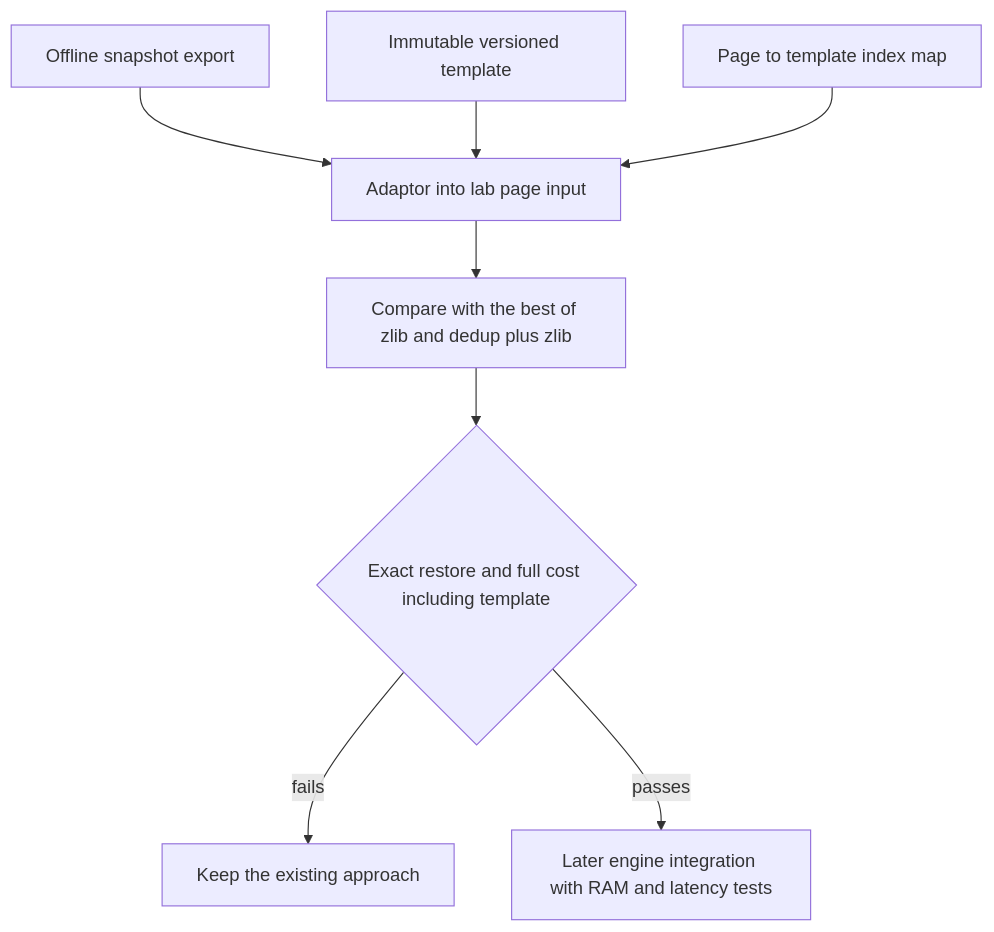
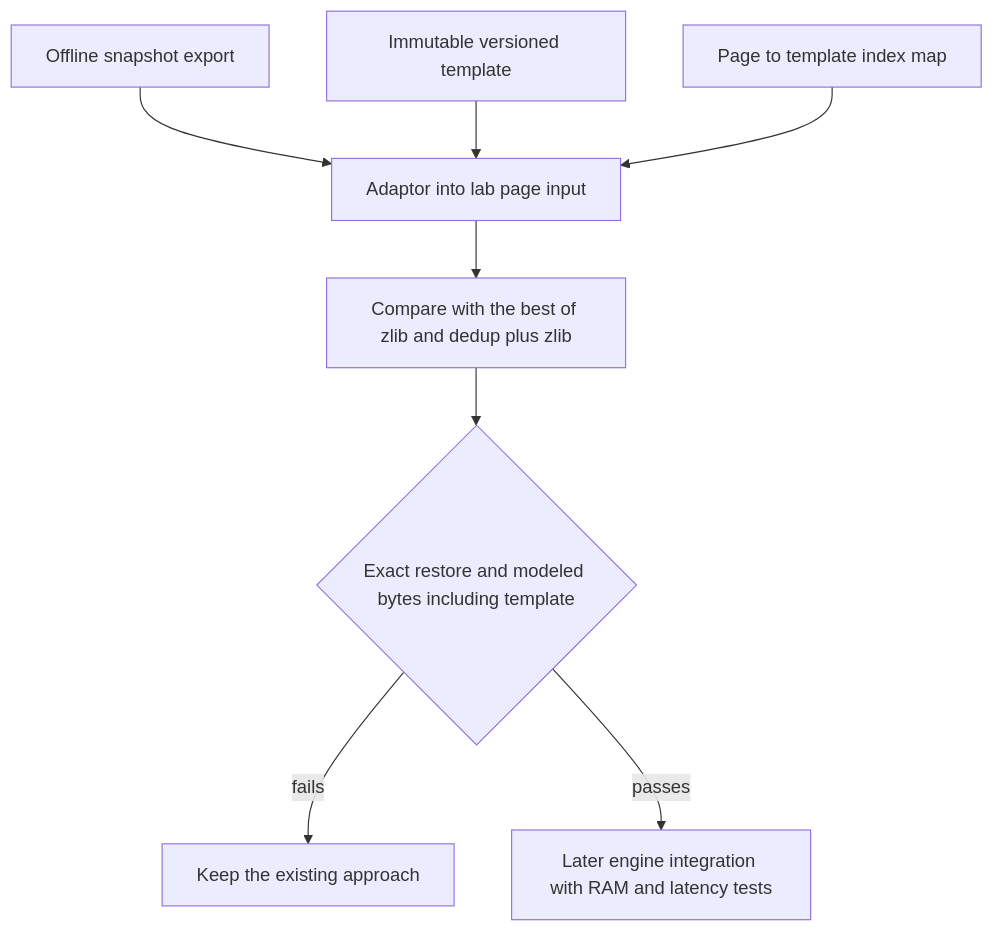
One commit to gael55x/template-delta-lab changed the second of 2 diagrams in docs/WALKTHROUGH.md. Above: the diagram before and after it, drawn with Mermaid. The commit also changed other lines of this file and 5 other files, not shown here.

````diff
--- a/docs/WALKTHROUGH.md
+++ b/docs/WALKTHROUGH.md
@@ -99,10 +99,10 @@
 ```mermaid
 flowchart TD
         SNAP[Offline snapshot export] --> ADP[Adaptor into lab page input]
         TPL[Immutable versioned template] --> ADP
         MAP[Page to template index map] --> ADP
         ADP --> LAB[Compare with the best of zlib and dedup plus zlib]
-        LAB --> GATE{Exact restore and full cost including template}
+        LAB --> GATE{Exact restore and modeled bytes including template}
         GATE -->|fails| STOP[Keep the existing approach]
         GATE -->|passes| ENG[Later engine integration with RAM and latency tests]
 ```
````
